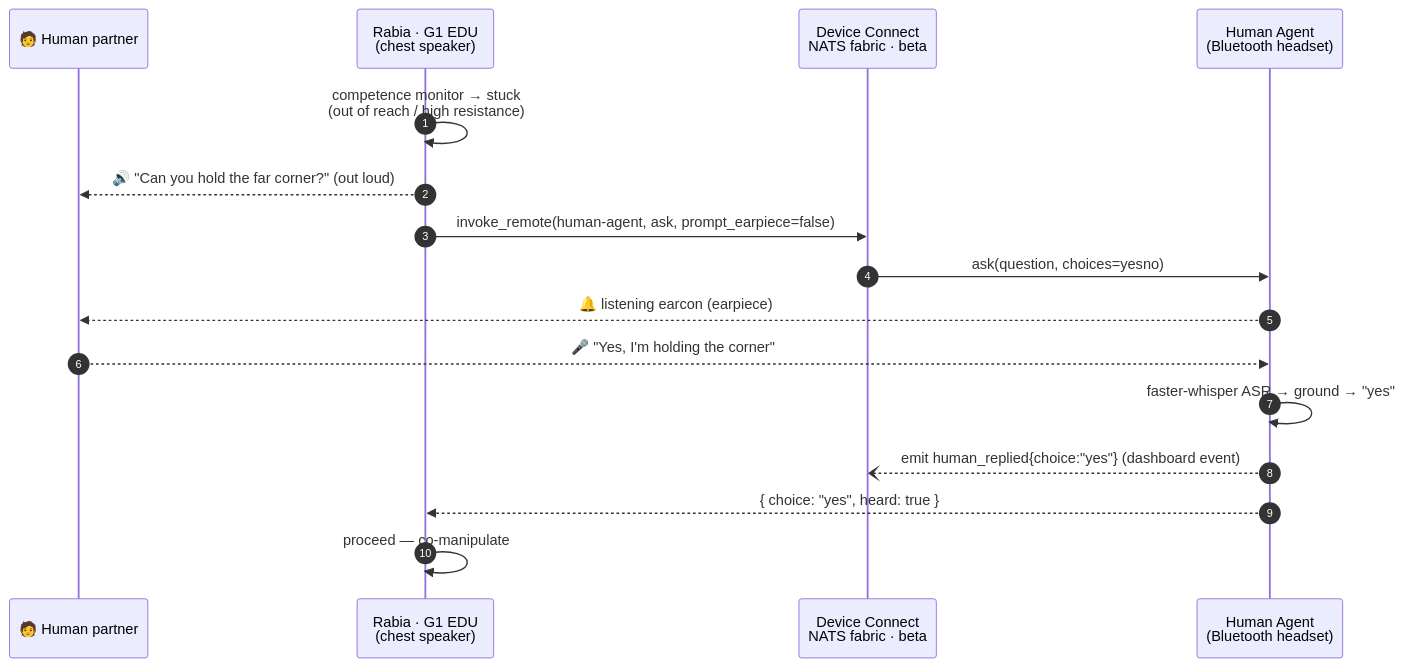
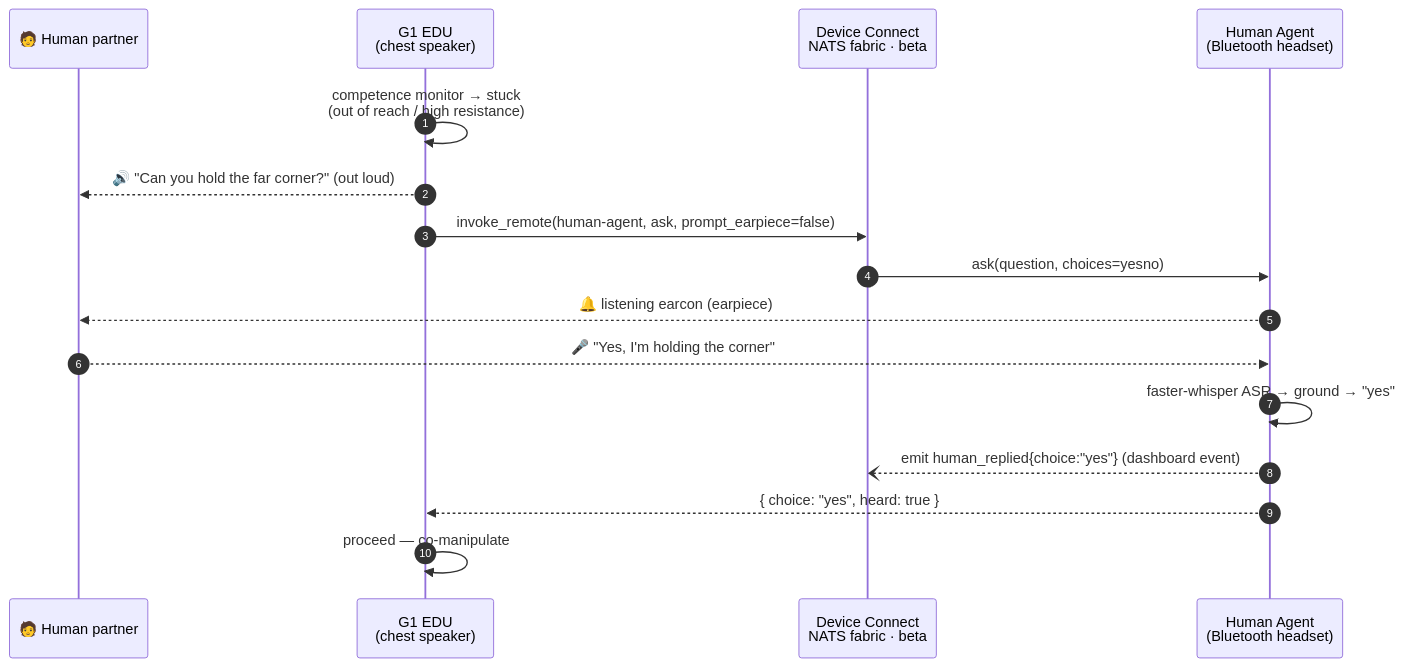
The first of 3 diagrams in human_agent/README.md (armwaheed/robotics-connect), drawn with Mermaid before and after one commit. The commit also changed other lines of this file and 6 other files, not shown here.

````diff
--- a/human_agent/README.md
+++ b/human_agent/README.md
@@ -16,18 +16,18 @@
 ```mermaid
 sequenceDiagram
     autonumber
     participant H as 🧑 Human partner
-    participant R as Rabia · G1 EDU<br/>(chest speaker)
+    participant R as G1 EDU<br/>(chest speaker)
     participant DC as Device Connect<br/>NATS fabric · beta
     participant HA as Human Agent<br/>(Bluetooth headset)
     R->>R: competence monitor → stuck<br/>(out of reach / high resistance)
     R-->>H: 🔊 "Can you hold the far corner?"  (out loud)
     R->>DC: invoke_remote(human-agent, ask, prompt_earpiece=false)
     DC->>HA: ask(question, choices=yesno)
     HA-->>H: 🔔 listening earcon (earpiece)
     H-->>HA: 🎤 "Yes, I'm holding the corner"
     HA->>HA: faster-whisper ASR → ground → "yes"
     HA--)DC: emit human_replied{choice:"yes"}  (dashboard event)
     HA-->>R: { choice: "yes", heard: true }
     R->>R: proceed — co-manipulate
 ```
````
